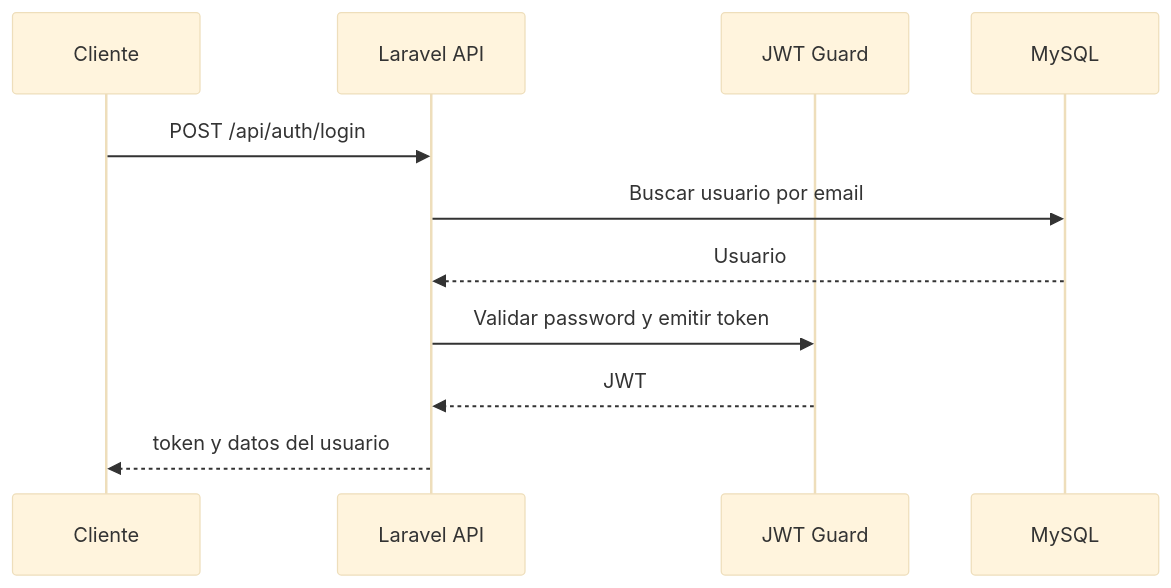
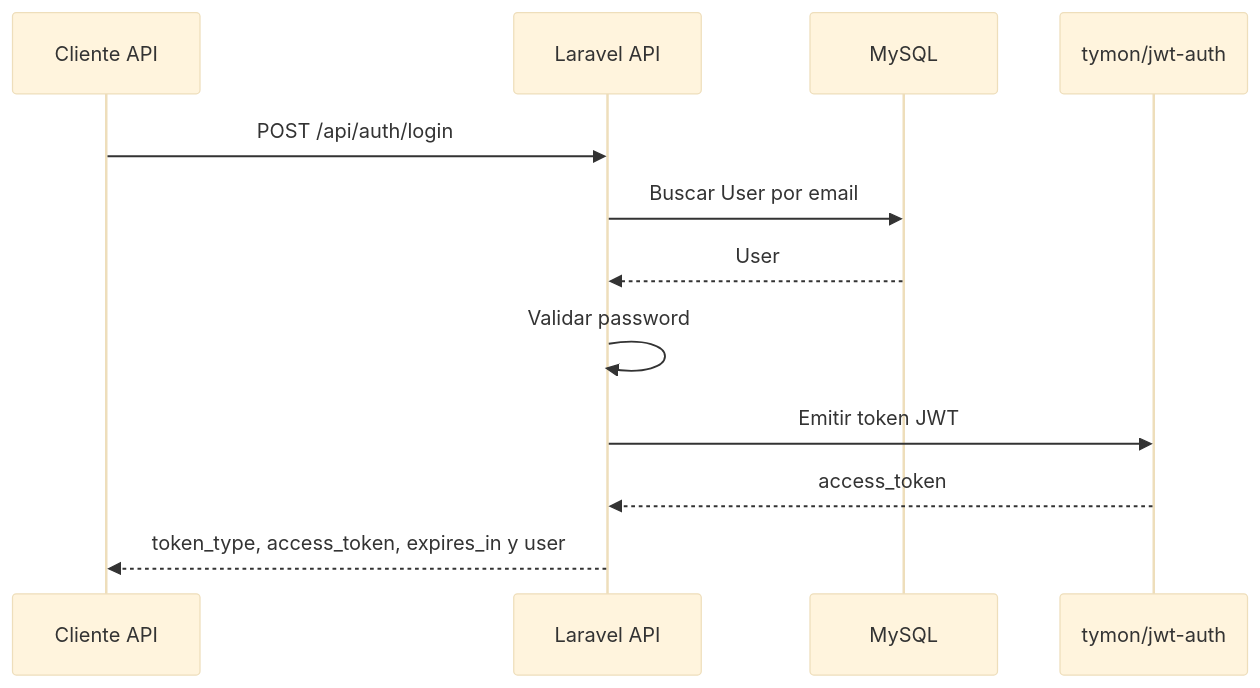
Before and after one commit to feraligatorV/NewsHub-Laravel-Agentic-News-Platform: the diagram in docs-site/docs/architecture/authentication-strategy.md, drawn with Mermaid (base theme). The commit also changed other lines of this file and 34 other files, not shown here.

Commit message:
align architecture with laravel 13 and JWT

````diff
--- a/docs-site/docs/architecture/authentication-strategy.md
+++ b/docs-site/docs/architecture/authentication-strategy.md
@@ -23,13 +34,14 @@
 ```mermaid
 sequenceDiagram
-    participant Client as Cliente
+    participant Client as Cliente API
     participant API as Laravel API
-    participant Auth as JWT Guard
     participant DB as MySQL
+    participant JWT as tymon/jwt-auth
     Client->>API: POST /api/auth/login
-    API->>DB: Buscar usuario por email
-    DB-->>API: Usuario
-    API->>Auth: Validar password y emitir token
-    Auth-->>API: JWT
-    API-->>Client: token y datos del usuario
+    API->>DB: Buscar User por email
+    DB-->>API: User
+    API->>API: Validar password
+    API->>JWT: Emitir token JWT
+    JWT-->>API: access_token
+    API-->>Client: token_type, access_token, expires_in y user
 ```
````
